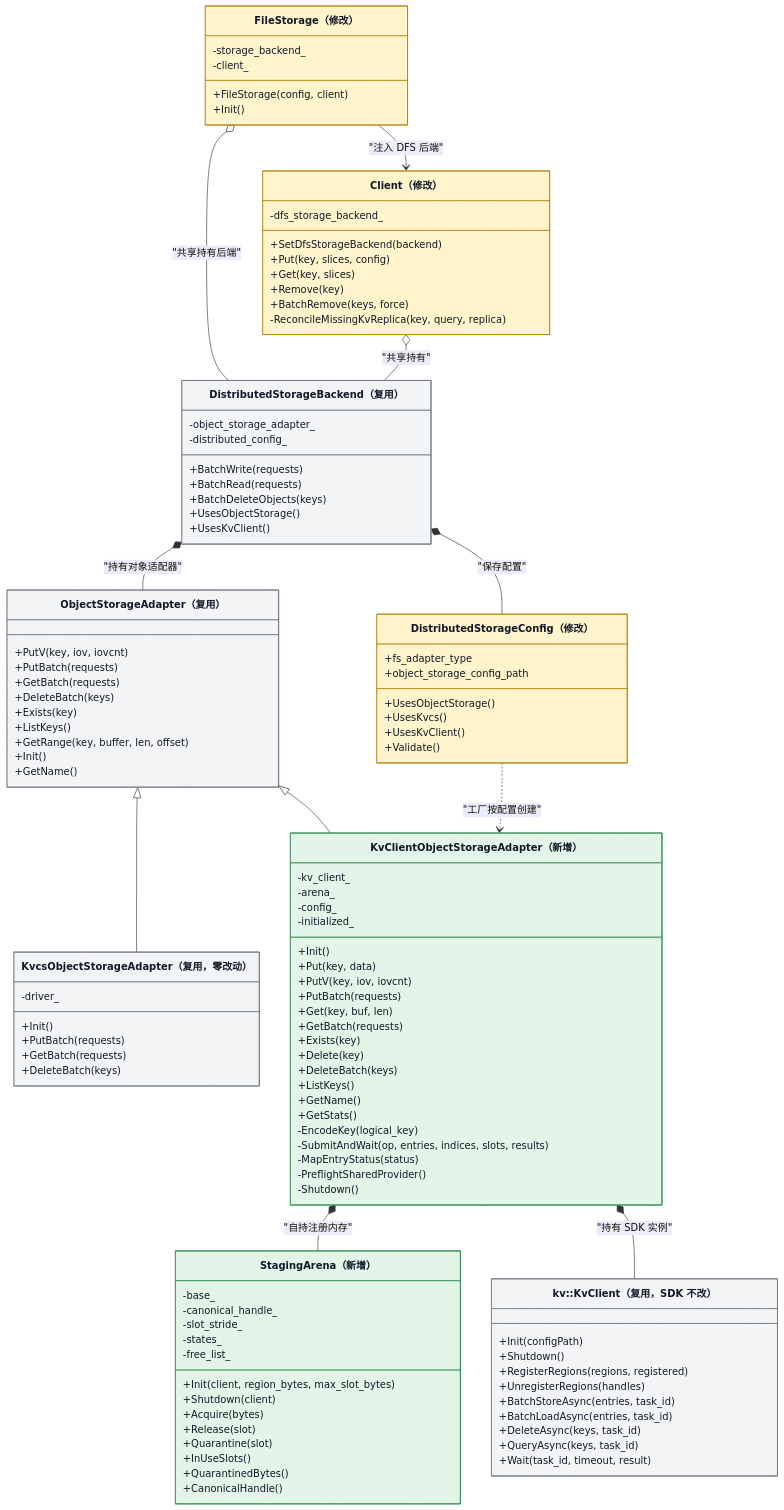
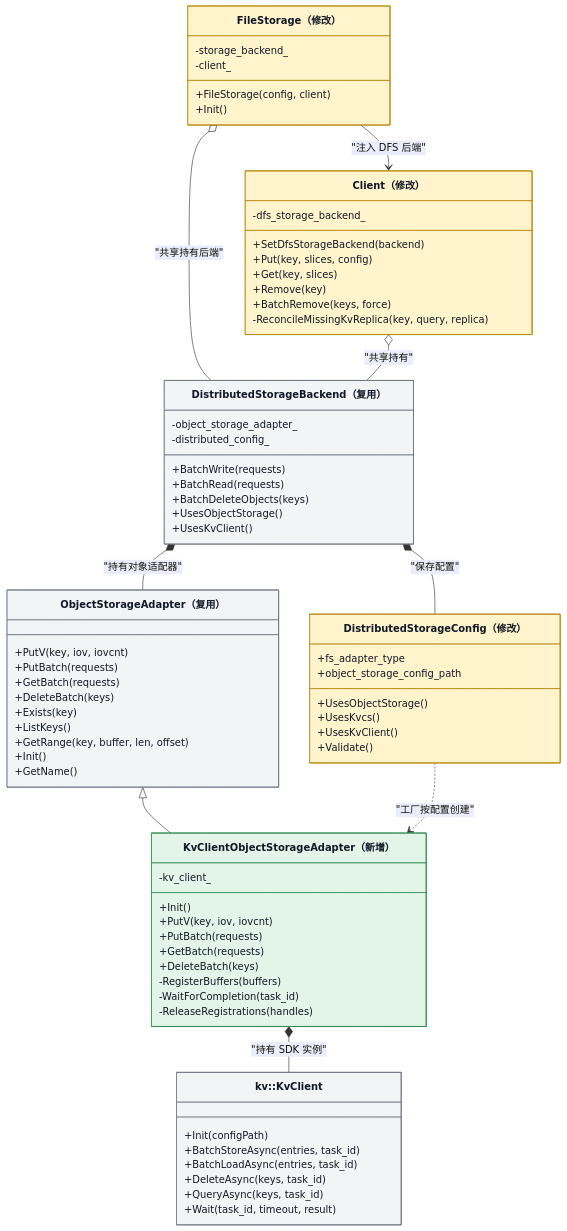
Before and after one commit to zwj20000328-dotcom/Mooncake-documents: the second of 13 diagrams in Mooncake + KVClient L3 接入（Kvcs）- v3.md, drawn with Mermaid. The commit also changed other lines of this file, not shown here.

Commit message:
modified : Mooncake + KVClient L3 接入（Kvcs）- v3.md

````diff
--- a/Mooncake + KVClient L3 接入（Kvcs）- v3.md
+++ b/Mooncake + KVClient L3 接入（Kvcs）- v3.md
@@ -189,56 +188,21 @@
         +Init()
         +GetName()
     }
-    class KvcsObjectStorageAdapter["KvcsObjectStorageAdapter（复用，零改动）"] {
-        -driver_
+   
+    class KvClientObjectStorageAdapter["KvClientObjectStorageAdapter（新增）"] {
+        -kv_client_
         +Init()
+        +PutV(key, iov, iovcnt)
         +PutBatch(requests)
         +GetBatch(requests)
         +DeleteBatch(keys)
+        -RegisterBuffers(buffers)
+        -WaitForCompletion(task_id)
+        -ReleaseRegistrations(handles)
     }
-    class KvClientObjectStorageAdapter["KvClientObjectStorageAdapter（新增）"] {
-        -kv_client_
-        -arena_
-        -config_
-        -initialized_
-        +Init()
-        +Put(key, data)
-        +PutV(key, iov, iovcnt)
-        +PutBatch(requests)
-        +Get(key, buf, len)
-        +GetBatch(requests)
-        +Exists(key)
-        +Delete(key)
-        +DeleteBatch(keys)
-        +ListKeys()
-        +GetName()
-        +GetStats()
-        -EncodeKey(logical_key)
-        -SubmitAndWait(op, entries, indices, slots, results)
-        -MapEntryStatus(status)
-        -PreflightSharedProvider()
-        -Shutdown()
-    }
-    class StagingArena["StagingArena（新增）"] {
-        -base_
-        -canonical_handle_
-        -slot_stride_
-        -states_
-        -free_list_
-        +Init(client, region_bytes, max_slot_bytes)
-        +Shutdown(client)
-        +Acquire(bytes)
-        +Release(slot)
-        +Quarantine(slot)
-        +InUseSlots()
-        +QuarantinedBytes()
-        +CanonicalHandle()
-    }
-    class SdkKvClient["kv::KvClient（复用，SDK 不改）"] {
+
+    class SdkKvClient["kv::KvClient"] {
         +Init(configPath)
-        +Shutdown()
-        +RegisterRegions(regions, registered)
-        +UnregisterRegions(handles)
         +BatchStoreAsync(entries, task_id)
         +BatchLoadAsync(entries, task_id)
         +DeleteAsync(keys, task_id)
@@ -251,9 +215,7 @@
     Client o-- DistributedStorageBackend : "共享持有"
     DistributedStorageBackend *-- DistributedStorageConfig : "保存配置"
     DistributedStorageBackend *-- ObjectStorageAdapter : "持有对象适配器"
-    ObjectStorageAdapter <|-- KvcsObjectStorageAdapter
     ObjectStorageAdapter <|-- KvClientObjectStorageAdapter
-    KvClientObjectStorageAdapter *-- StagingArena : "自持注册内存"
     KvClientObjectStorageAdapter *-- SdkKvClient : "持有 SDK 实例"
     DistributedStorageConfig ..> KvClientObjectStorageAdapter : "工厂按配置创建"
 
@@ -264,6 +226,5 @@
     style StagingArena fill:#e3f5e8,stroke:#28864b,color:#111827
     style DistributedStorageBackend fill:#f3f4f6,stroke:#6b7280,color:#111827
     style ObjectStorageAdapter fill:#f3f4f6,stroke:#6b7280,color:#111827
-    style KvcsObjectStorageAdapter fill:#f3f4f6,stroke:#6b7280,color:#111827
     style SdkKvClient fill:#f3f4f6,stroke:#6b7280,color:#111827
 ```
````
